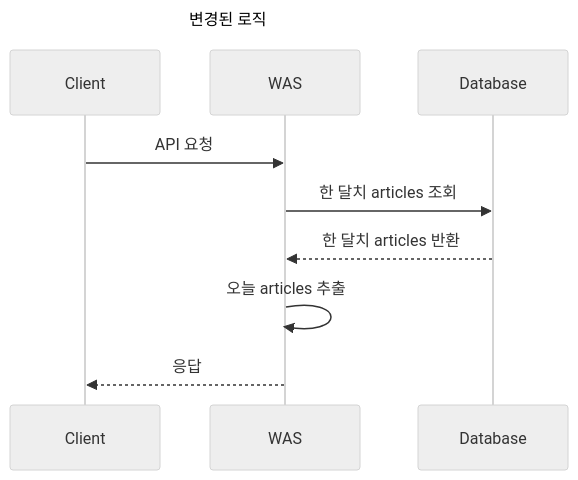
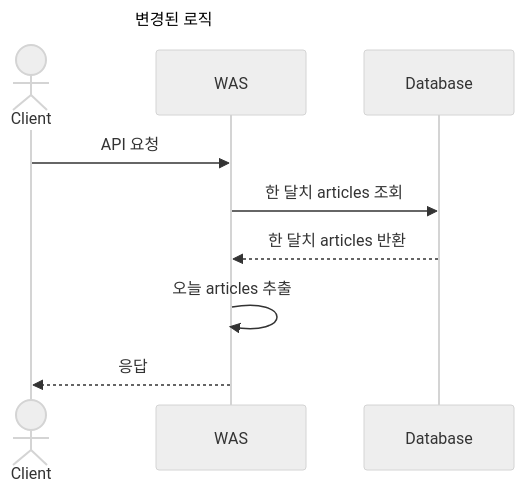
The fifth of 5 diagrams in portfolio/메인 API 성능 개선.md (Hansanghyun-github/TIL), drawn with Mermaid (neutral theme) before and after one commit. The commit also changed other lines of this file and 1 other file, not shown here.

Commit message:
edit mermaid component participant to actor

````diff
--- a/portfolio/메인 API 성능 개선.md
+++ b/portfolio/메인 API 성능 개선.md
@@ -338,13 +338,13 @@
 ```mermaid
 sequenceDiagram
     title 변경된 로직
-    participant Client
+    actor Client
     participant WAS
     participant Database
 
     Client->>WAS: API 요청
     WAS->>Database: 한 달치 articles 조회
     Database-->>WAS: 한 달치 articles 반환
     WAS->>WAS: 오늘 articles 추출
     WAS-->>Client: 응답
 ```
````
